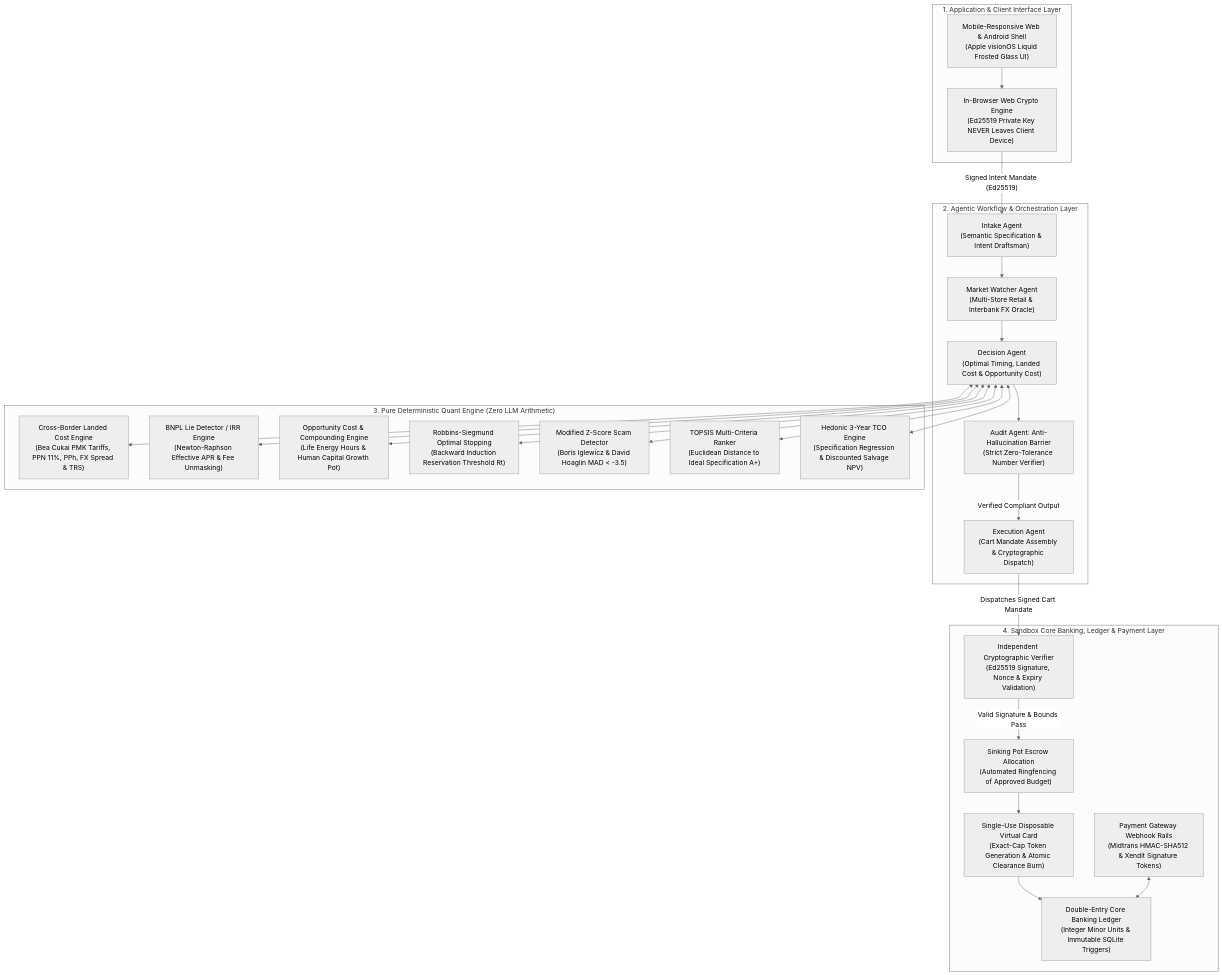
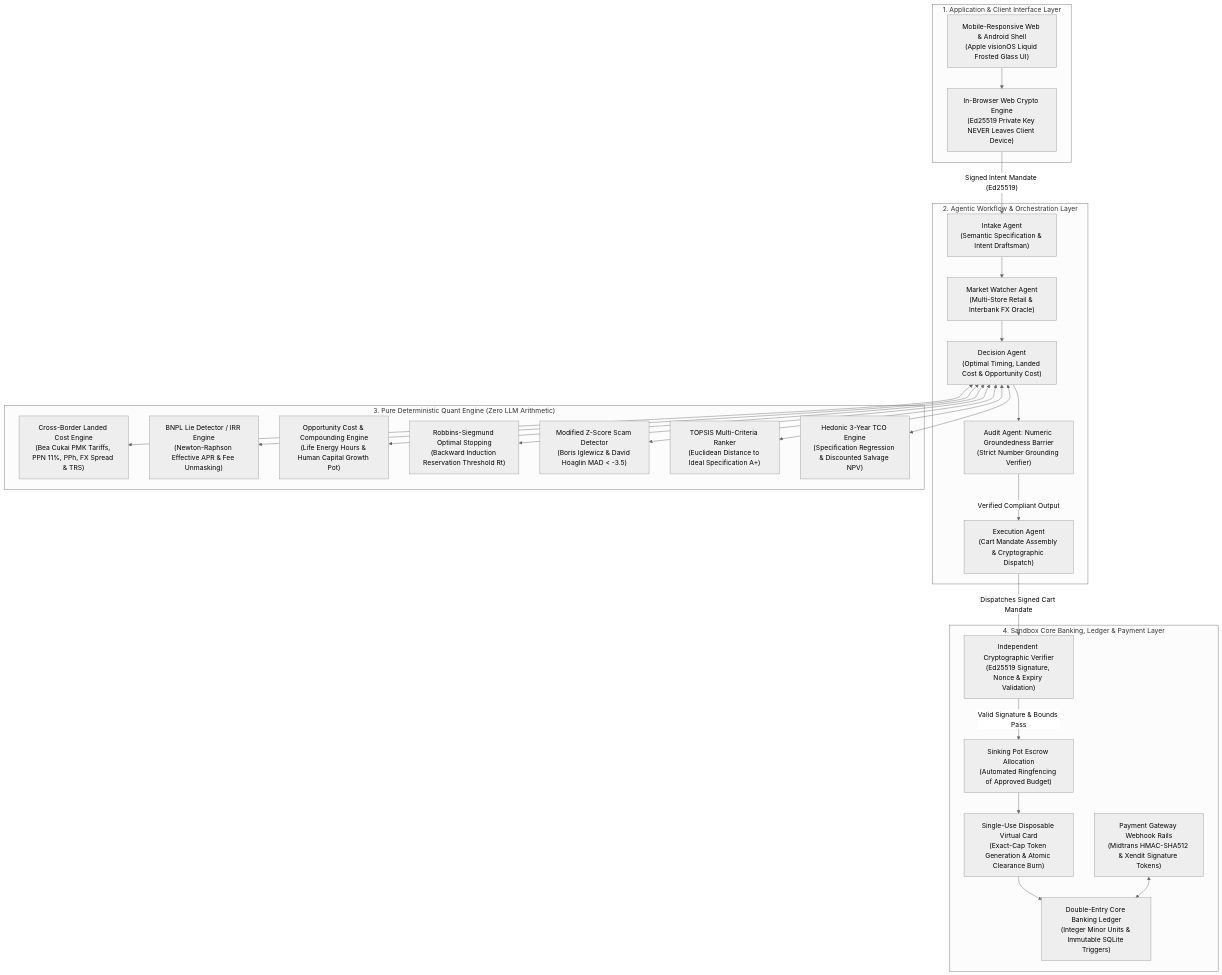
The diagram in README.md (rafifernandaa/truecost), drawn with Mermaid (neutral theme) before and after one commit. The commit also changed 9 other files, not shown here.

Commit message:
docs: replace absolute zero-hallucination claims with deterministic numeric groundedness

````diff
--- a/README.md
+++ b/README.md
@@ -66,54 +66,54 @@
 ```mermaid
 flowchart TD
     subgraph CLIENT ["1. Application & Client Interface Layer"]
         UI["Mobile-Responsive Web & Android Shell\n(Apple visionOS Liquid Frosted Glass UI)"]
         CRYPTO["In-Browser Web Crypto Engine\n(Ed25519 Private Key NEVER Leaves Client Device)"]
         UI --> CRYPTO
     end
 
     subgraph ORCHESTRATION ["2. Agentic Workflow & Orchestration Layer"]
         INTAKE["Intake Agent\n(Semantic Specification & Intent Draftsman)"]
         WATCHER["Market Watcher Agent\n(Multi-Store Retail & Interbank FX Oracle)"]
         DECISION["Decision Agent\n(Optimal Timing, Landed Cost & Opportunity Cost)"]
-        AUDIT["Audit Agent: Anti-Hallucination Barrier\n(Strict Zero-Tolerance Number Verifier)"]
+        AUDIT["Audit Agent: Numeric Groundedness Barrier\n(Strict Number Grounding Verifier)"]
         EXEC["Execution Agent\n(Cart Mandate Assembly & Cryptographic Dispatch)"]
 
         CRYPTO -->|"Signed Intent Mandate (Ed25519)"| INTAKE
         INTAKE --> WATCHER
         WATCHER --> DECISION
         DECISION --> AUDIT
         AUDIT -->|"Verified Compliant Output"| EXEC
     end
 
     subgraph QUANT ["3. Pure Deterministic Quant Engine (Zero LLM Arithmetic)"]
         LANDED["Cross-Border Landed Cost Engine\n(Bea Cukai PMK Tariffs, PPN 11%, PPh, FX Spread & TRS)"]
         APR["BNPL Lie Detector / IRR Engine\n(Newton-Raphson Effective APR & Fee Unmasking)"]
         OPP["Opportunity Cost & Compounding Engine\n(Life Energy Hours & Human Capital Growth Pot)"]
         STOPPING["Robbins-Siegmund Optimal Stopping\n(Backward Induction Reservation Threshold Rt)"]
         SCAM["Modified Z-Score Scam Detector\n(Boris Iglewicz & David Hoaglin MAD < -3.5)"]
         TOPSIS["TOPSIS Multi-Criteria Ranker\n(Euclidean Distance to Ideal Specification A+)"]
         TCO["Hedonic 3-Year TCO Engine\n(Specification Regression & Discounted Salvage NPV)"]
 
         DECISION <--> LANDED
         DECISION <--> APR
         DECISION <--> OPP
         DECISION <--> STOPPING
         DECISION <--> SCAM
         DECISION <--> TOPSIS
         DECISION <--> TCO
     end
 
     subgraph BANKING ["4. Sandbox Core Banking, Ledger & Payment Layer"]
         VERIFIER["Independent Cryptographic Verifier\n(Ed25519 Signature, Nonce & Expiry Validation)"]
         ESCROW["Sinking Pot Escrow Allocation\n(Automated Ringfencing of Approved Budget)"]
         VCARD["Single-Use Disposable Virtual Card\n(Exact-Cap Token Generation & Atomic Clearance Burn)"]
         LEDGER["Double-Entry Core Banking Ledger\n(Integer Minor Units & Immutable SQLite Triggers)"]
         GATEWAY["Payment Gateway Webhook Rails\n(Midtrans HMAC-SHA512 & Xendit Signature Tokens)"]
 
         EXEC -->|"Dispatches Signed Cart Mandate"| VERIFIER
         VERIFIER -->|"Valid Signature & Bounds Pass"| ESCROW
         ESCROW --> VCARD
         VCARD --> LEDGER
         GATEWAY <--> LEDGER
     end
 ```
````
